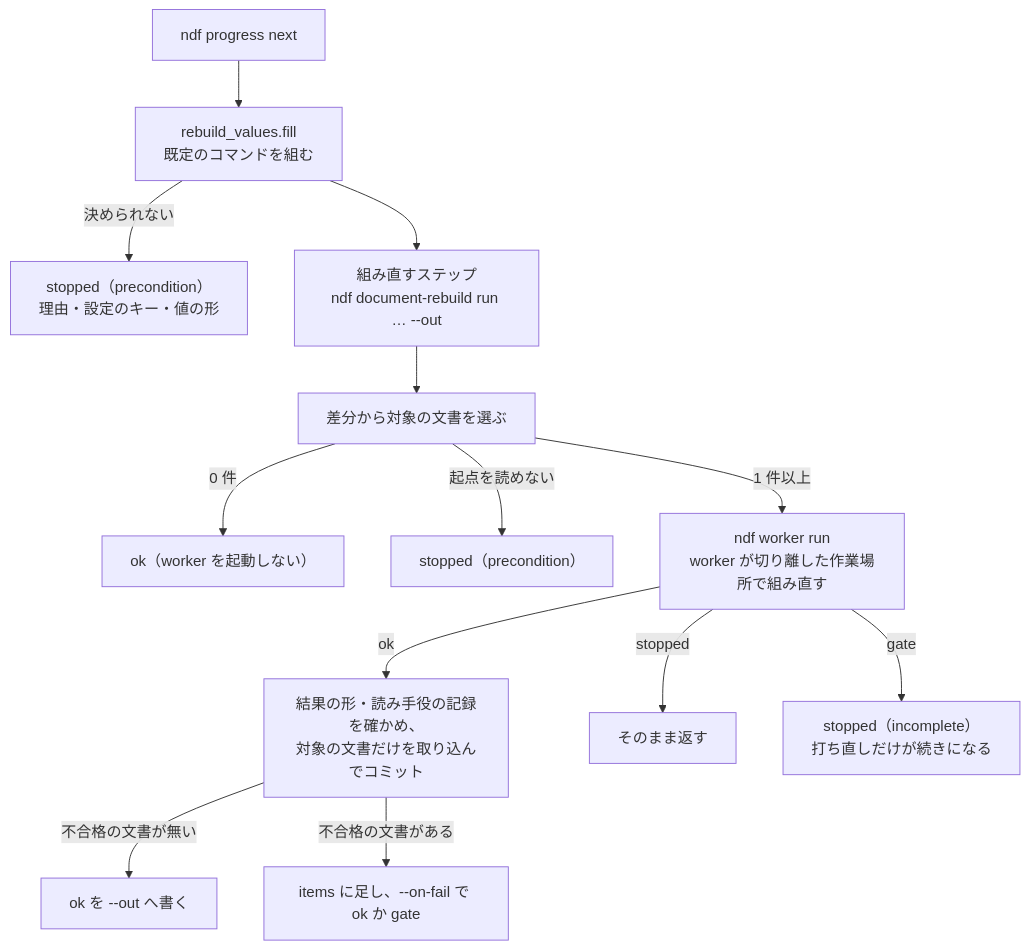
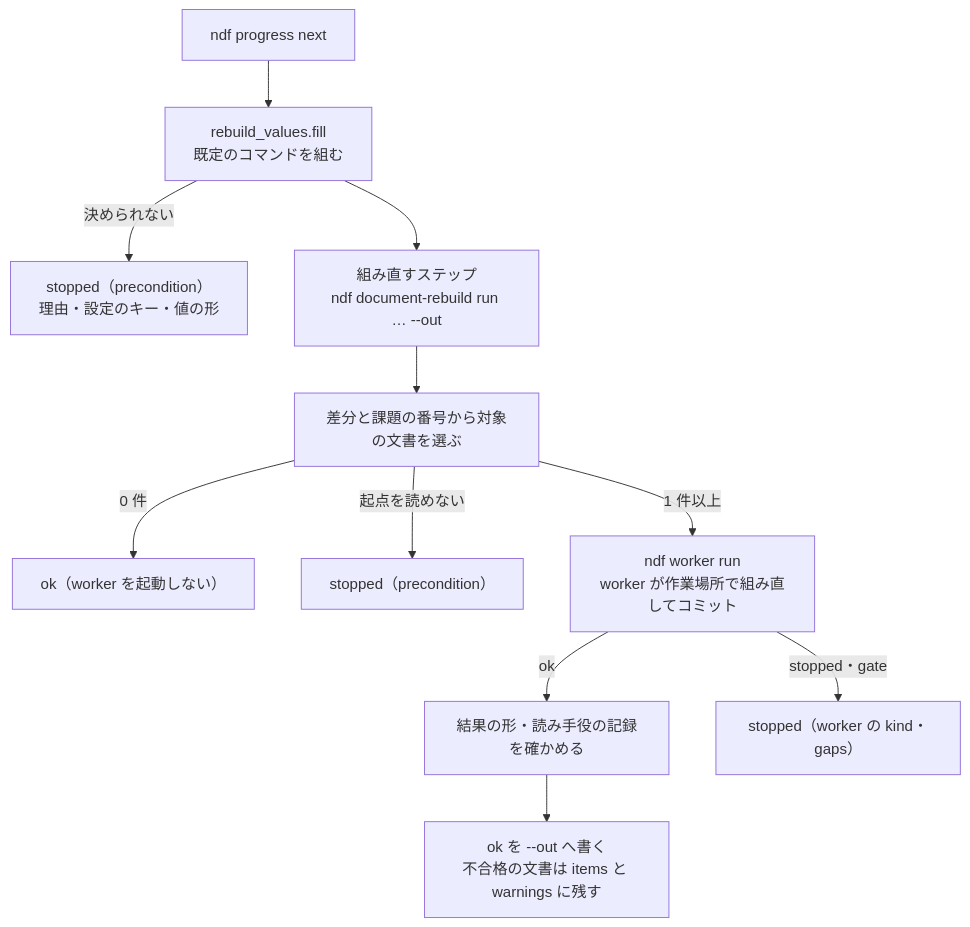
Before and after one commit to devbasex/ai-plugins: the second of 4 diagrams in issues/issue-4337-design.md, drawn with Mermaid. The commit also changed other lines of this file, not shown here.

````diff
--- a/issues/issue-4337-design.md
+++ b/issues/issue-4337-design.md
@@ -38,15 +39,13 @@
 ```mermaid
 flowchart TD
     N["ndf progress next"] --> D["rebuild_values.fill<br/>既定のコマンドを組む"]
     D -->|決められない| S["stopped（precondition）<br/>理由・設定のキー・値の形"]
     D --> P["組み直すステップ<br/>ndf document-rebuild run … --out"]
-    P --> T["差分から対象の文書を選ぶ"]
+    P --> T["差分と課題の番号から対象の文書を選ぶ"]
     T -->|0 件| Z["ok（worker を起動しない）"]
     T -->|起点を読めない| E["stopped（precondition）"]
-    T -->|1 件以上| W["ndf worker run<br/>worker が切り離した作業場所で組み直す"]
-    W -->|ok| O["結果の形・読み手役の記録を確かめ、<br/>対象の文書だけを取り込んでコミット"]
-    W -->|stopped| X["そのまま返す"]
-    W -->|gate| Y["stopped（incomplete）<br/>打ち直しだけが続きになる"]
-    O -->|不合格の文書が無い| K["ok を --out へ書く"]
-    O -->|不合格の文書がある| F["items に足し、--on-fail で ok か gate"]
+    T -->|1 件以上| W["ndf worker run<br/>worker が作業場所で組み直してコミット"]
+    W -->|ok| O["結果の形・読み手役の記録を確かめる"]
+    W -->|stopped・gate| X["stopped（worker の kind・gaps）"]
+    O --> K["ok を --out へ書く<br/>不合格の文書は items と warnings に残す"]
 ```
````
